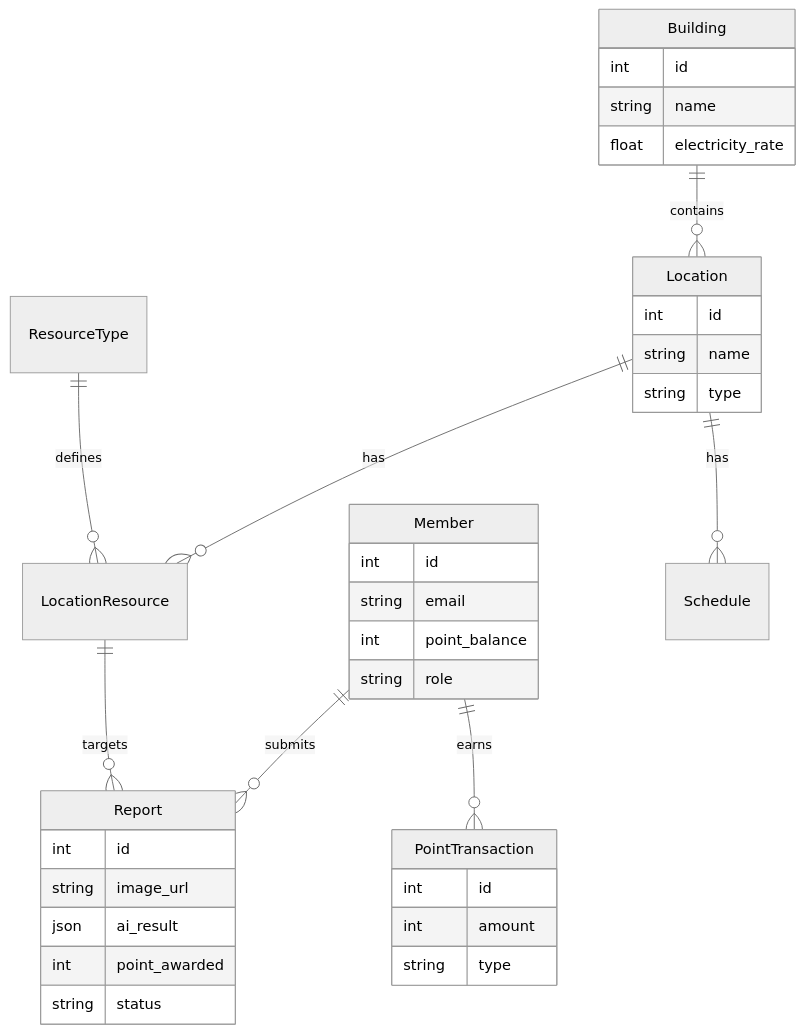
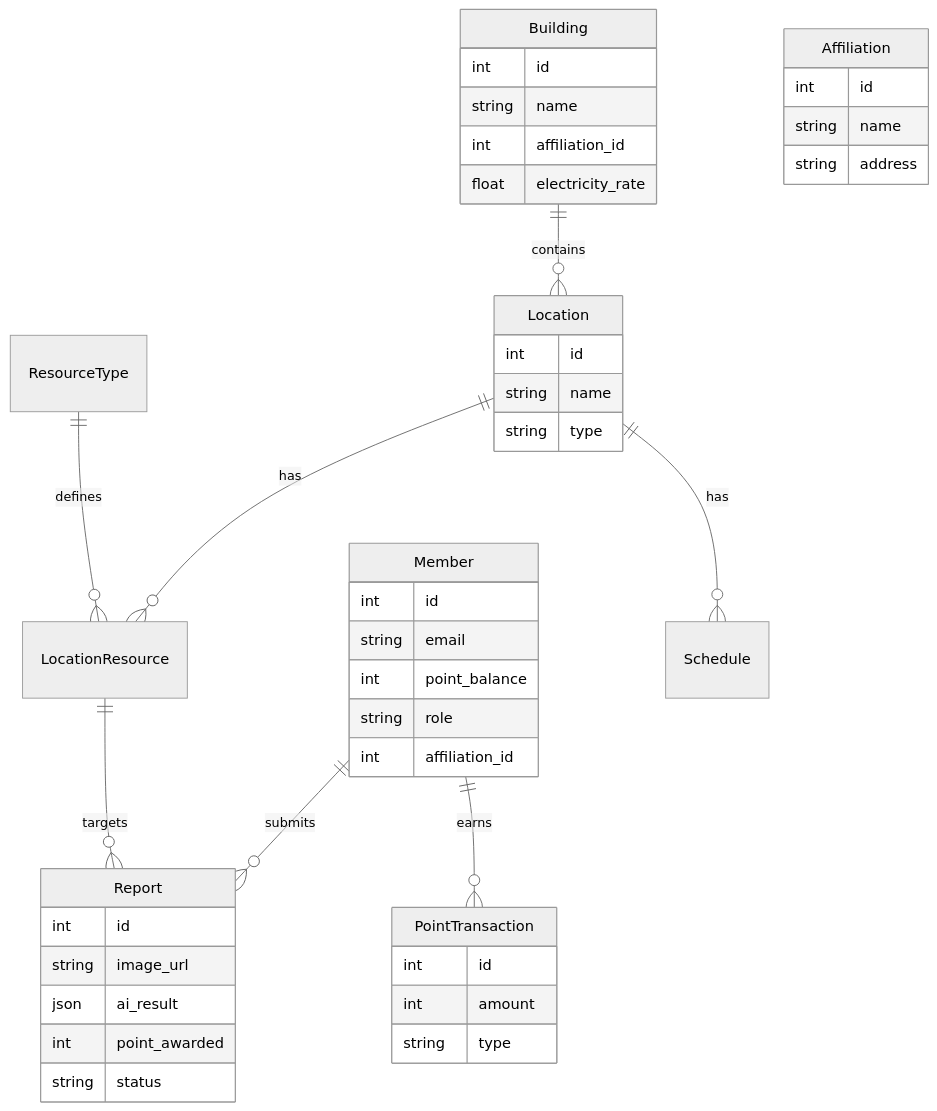
Before and after one commit to ravenkim/sundry_study: the third of 4 diagrams in docs/최종 제안서/6_시스템구조.md, drawn with Mermaid (neutral theme). The commit also changed other lines of this file and 6 other files, not shown here.

````diff
--- a/docs/최종 제안서/6_시스템구조.md
+++ b/docs/최종 제안서/6_시스템구조.md
@@ -144,43 +144,51 @@
 ```mermaid
 erDiagram
   Member ||--o{ Report : submits
   Member ||--o{ PointTransaction : earns
   Building ||--o{ Location : contains
   Location ||--o{ LocationResource : has
   Location ||--o{ Schedule : has
   ResourceType ||--o{ LocationResource : defines
   LocationResource ||--o{ Report : targets
 
   Member {
     int id
     string email
     int point_balance
     string role
+    int affiliation_id
+  }
+
+  Affiliation {
+    int id
+    string name
+    string address
   }
 
   Building {
     int id
     string name
+    int affiliation_id
     float electricity_rate
   }
 
   Location {
     int id
     string name
     string type
   }
 
   Report {
     int id
     string image_url
     json ai_result
     int point_awarded
     string status
   }
 
   PointTransaction {
     int id
     int amount
     string type
   }
 ```
````
